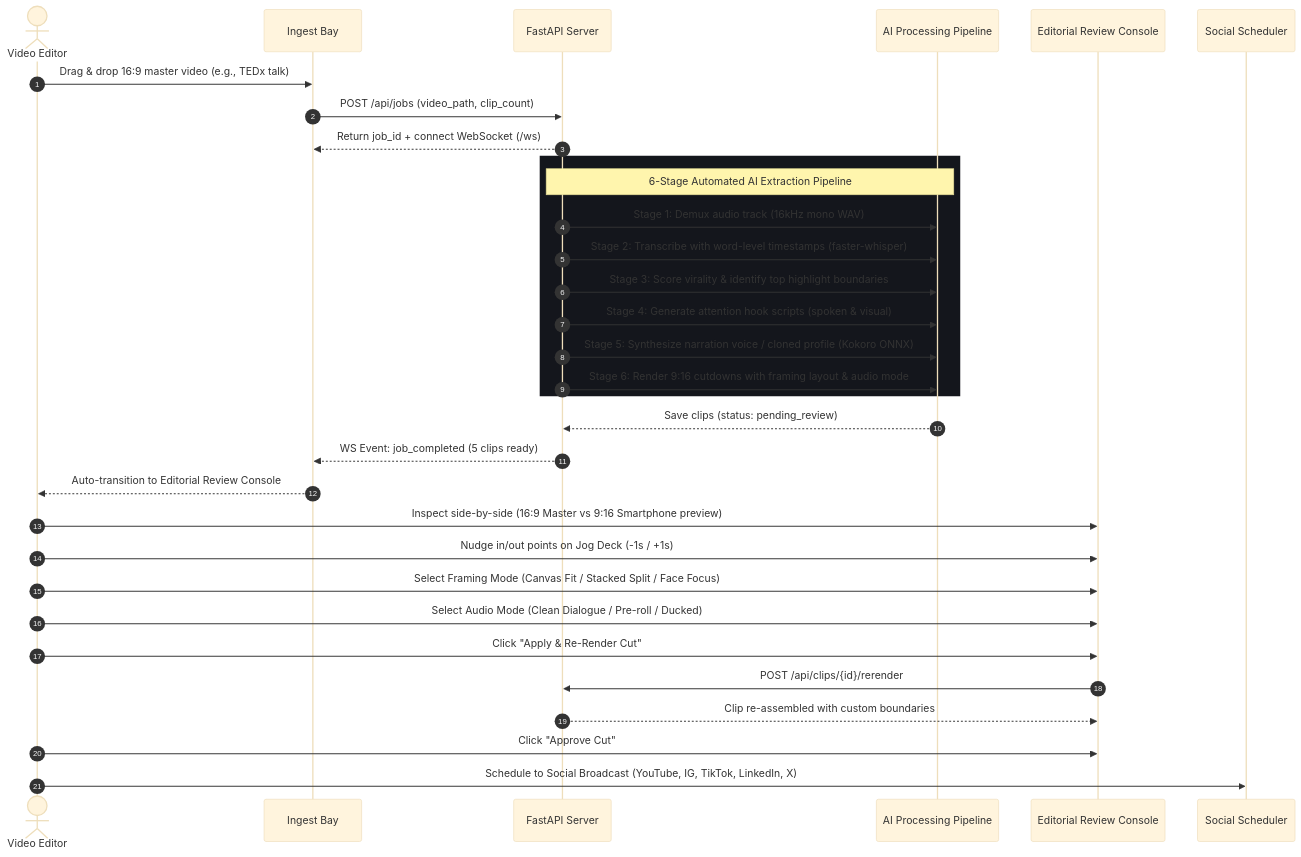
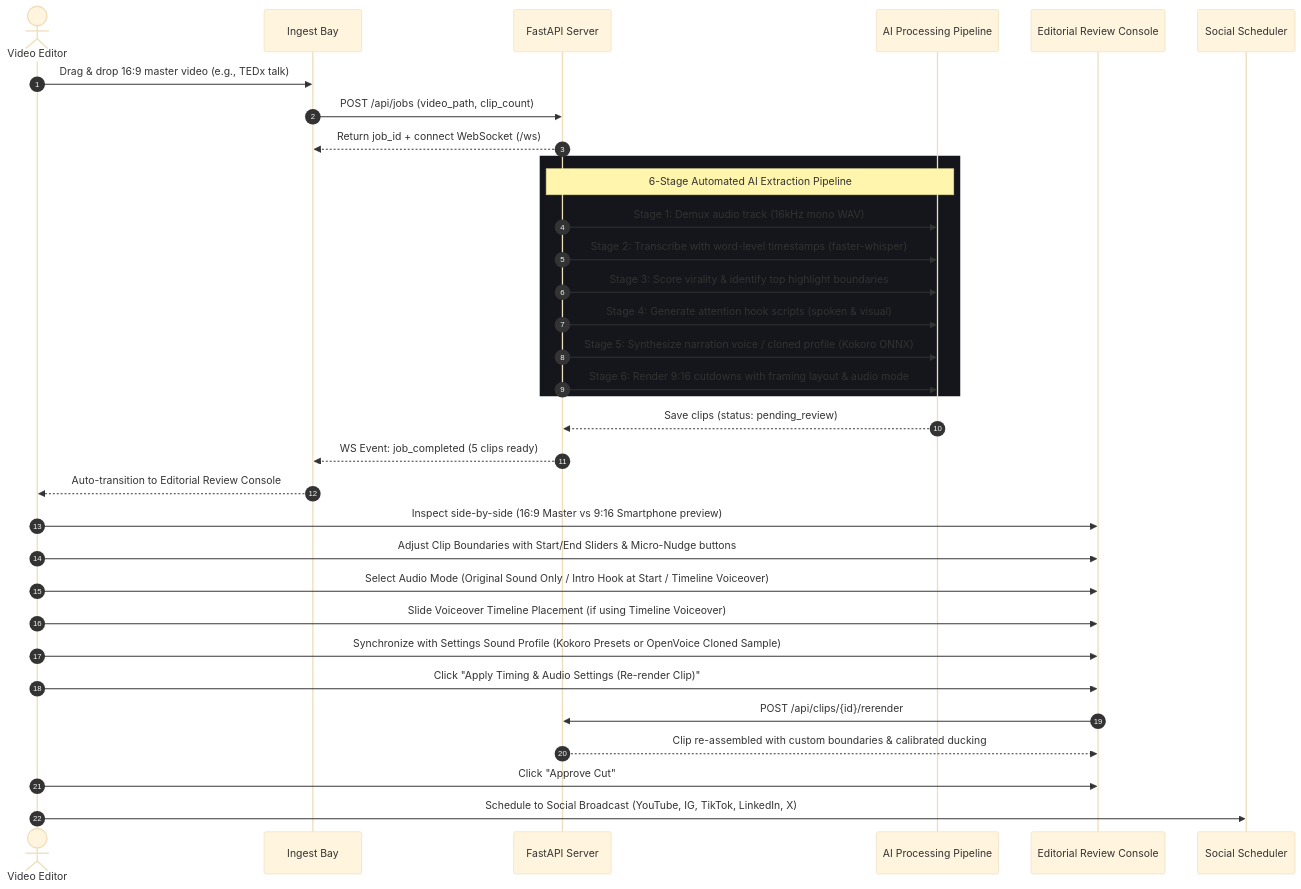
One commit to DivyamJoshi2005/Alfred changed the second of 2 diagrams in README.md. Above: the diagram before and after it, drawn with Mermaid (base theme). The commit also changed 8 other files, not shown here.

Commit message:
feat: add clip boundary trimming sliders, 3-mode audio routing, and settings sound profile sync

````diff
--- a/README.md
+++ b/README.md
@@ -178,39 +178,40 @@
 ```mermaid
 sequenceDiagram
     autonumber
     actor User as Video Editor
     participant Ingest as Ingest Bay
     participant Backend as FastAPI Server
     participant Pipeline as AI Processing Pipeline
     participant Review as Editorial Review Console
     participant Schedule as Social Scheduler
 
     User->>Ingest: Drag & drop 16:9 master video (e.g., TEDx talk)
     Ingest->>Backend: POST /api/jobs (video_path, clip_count)
     Backend-->>Ingest: Return job_id + connect WebSocket (/ws)
     
     rect rgb(20, 22, 28)
         note over Backend,Pipeline: 6-Stage Automated AI Extraction Pipeline
         Backend->>Pipeline: Stage 1: Demux audio track (16kHz mono WAV)
         Backend->>Pipeline: Stage 2: Transcribe with word-level timestamps (faster-whisper)
         Backend->>Pipeline: Stage 3: Score virality & identify top highlight boundaries
         Backend->>Pipeline: Stage 4: Generate attention hook scripts (spoken & visual)
         Backend->>Pipeline: Stage 5: Synthesize narration voice / cloned profile (Kokoro ONNX)
         Backend->>Pipeline: Stage 6: Render 9:16 cutdowns with framing layout & audio mode
     end
 
     Pipeline-->>Backend: Save clips (status: pending_review)
     Backend-->>Ingest: WS Event: job_completed (5 clips ready)
     Ingest-->>User: Auto-transition to Editorial Review Console
 
     User->>Review: Inspect side-by-side (16:9 Master vs 9:16 Smartphone preview)
-    User->>Review: Nudge in/out points on Jog Deck (-1s / +1s)
-    User->>Review: Select Framing Mode (Canvas Fit / Stacked Split / Face Focus)
-    User->>Review: Select Audio Mode (Clean Dialogue / Pre-roll / Ducked)
-    User->>Review: Click "Apply & Re-Render Cut"
+    User->>Review: Adjust Clip Boundaries with Start/End Sliders & Micro-Nudge buttons
+    User->>Review: Select Audio Mode (Original Sound Only / Intro Hook at Start / Timeline Voiceover)
+    User->>Review: Slide Voiceover Timeline Placement (if using Timeline Voiceover)
+    User->>Review: Synchronize with Settings Sound Profile (Kokoro Presets or OpenVoice Cloned Sample)
+    User->>Review: Click "Apply Timing & Audio Settings (Re-render Clip)"
     Review->>Backend: POST /api/clips/{id}/rerender
-    Backend-->>Review: Clip re-assembled with custom boundaries
+    Backend-->>Review: Clip re-assembled with custom boundaries & calibrated ducking
 
     User->>Review: Click "Approve Cut"
     User->>Schedule: Schedule to Social Broadcast (YouTube, IG, TikTok, LinkedIn, X)
 ```
````
